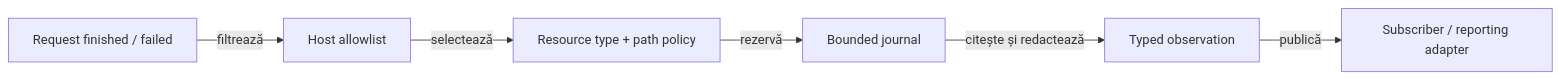
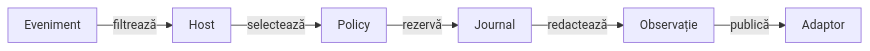
The fifth of 5 diagrams in atf-ui/README.md (crististefanita/atf_j0), drawn with Mermaid before and after one commit. The commit also changed other lines of this file and 97 other files, not shown here.

````diff
--- a/atf-ui/README.md
+++ b/atf-ui/README.md
@@ -450,8 +496,9 @@
 ```mermaid
+%%{init: {"themeVariables":{"fontSize":"15px"},"themeCSS":".nodeLabel, .nodeLabel p { font-size: 15px !important; line-height: 1.35 !important; } .edgeLabel, .edgeLabel p { font-size: 12px !important; font-weight: 400 !important; line-height: 1.2 !important; } .edgeLabel .labelBkg, .edgeLabel p { background: transparent !important; } .edgeLabel foreignObject { transform: translateY(-18px); overflow: visible; } .node rect { rx: 6px; ry: 6px; }","flowchart":{"curve":"linear","nodeSpacing":24,"rankSpacing":40,"padding":10,"diagramPadding":16}}}%%
 flowchart LR
-    Event["Request finished / failed"] -->|filtrează| Host["Host allowlist"]
-    Host -->|selectează| Policy["Resource type + path policy"]
-    Policy -->|rezervă| Budget["Bounded journal"]
-    Budget -->|citește și redactează| Body["Typed observation"]
-    Body -->|publică| Consumer["Subscriber / reporting adapter"]
+    Event["Eveniment"] -->|filtrează| Host["Host"]
+    Host -->|selectează| Policy["Policy"]
+    Policy -->|rezervă| Budget["Journal"]
+    Budget -->|redactează| Body["Observație"]
+    Body -->|publică| Consumer["Adaptor"]
 ```
````
